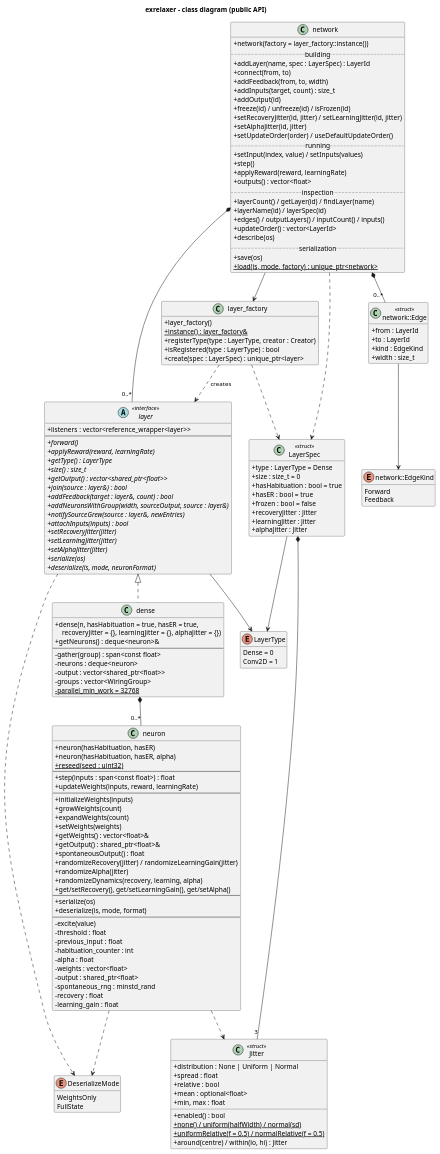
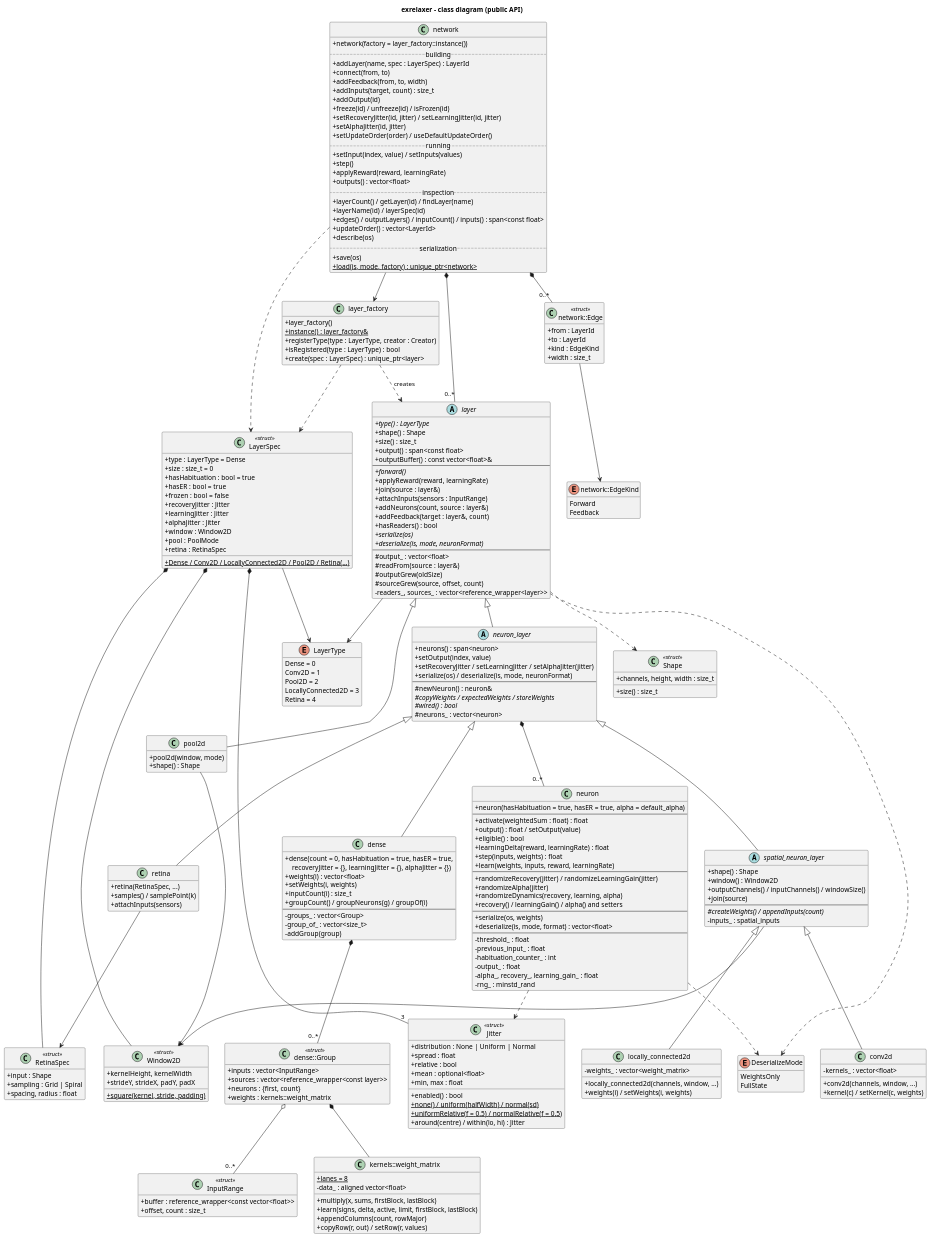
One commit to arielkonopka/exRelaxer changed the diagram in doc/diagrams/classes.puml. Above: the diagram before and after it, drawn with PlantUML. The commit also changed 60 other files, not shown here.

```diff
--- a/doc/diagrams/classes.puml
+++ b/doc/diagrams/classes.puml
@@ -8,6 +8,9 @@
 enum LayerType {
   Dense = 0
   Conv2D = 1
+  Pool2D = 2
+  LocallyConnected2D = 3
+  Retina = 4
 }
 
 enum DeserializeMode {
@@ -24,6 +27,10 @@
   +recoveryJitter : Jitter
   +learningJitter : Jitter
   +alphaJitter : Jitter
+  +window : Window2D
+  +pool : PoolMode
+  +retina : RetinaSpec
+  +{static} Dense / Conv2D / LocallyConnected2D / Pool2D / Retina(...)
 }
 
 class Jitter <<struct>> {
@@ -39,69 +46,148 @@
 }
 
 class neuron {
-  +neuron(hasHabituation, hasER)
-  +neuron(hasHabituation, hasER, alpha)
-  +{static} reseed(seed : uint32)
+  +neuron(hasHabituation = true, hasER = true, alpha = default_alpha)
   --
-  +step(inputs : span<const float>) : float
-  +updateWeights(inputs, reward, learningRate)
+  +activate(weightedSum : float) : float
+  +output() : float / setOutput(value)
+  +eligible() : bool
+  +learningDelta(reward, learningRate) : float
+  +step(inputs, weights) : float
+  +learn(weights, inputs, reward, learningRate)
   --
-  +initializeWeights(inputs)
-  +growWeights(count)
-  +expandWeights(count)
-  +setWeights(weights)
-  +getWeights() : vector<float>&
-  +getOutput() : shared_ptr<float>&
-  +spontaneousOutput() : float
   +randomizeRecovery(jitter) / randomizeLearningGain(jitter)
   +randomizeAlpha(jitter)
   +randomizeDynamics(recovery, learning, alpha)
-  +get/setRecovery(), get/setLearningGain(), get/setAlpha()
+  +recovery() / learningGain() / alpha() and setters
   --
-  +serialize(os)
-  +deserialize(is, mode, format)
+  +serialize(os, weights)
+  +deserialize(is, mode, format) : vector<float>
   --
-  -excite(value)
-  -threshold : float
-  -previous_input : float
-  -habituation_counter : int
-  -alpha : float
-  -weights : vector<float>
-  -output : shared_ptr<float>
-  -spontaneous_rng : minstd_rand
-  -recovery : float
-  -learning_gain : float
+  -threshold_ : float
+  -previous_input_ : float
+  -habituation_counter_ : int
+  -output_ : float
+  -alpha_, recovery_, learning_gain_ : float
+  -rng_ : minstd_rand
 }
 
-abstract class layer <<interface>> {
-  +listeners : vector<reference_wrapper<layer>>
+class Shape <<struct>> {
+  +channels, height, width : size_t
+  +size() : size_t
+}
+
+class InputRange <<struct>> {
+  +buffer : reference_wrapper<const vector<float>>
+  +offset, count : size_t
+}
+
+abstract class layer {
+  +{abstract} type() : LayerType
+  +shape() : Shape
+  +size() : size_t
+  +output() : span<const float>
+  +outputBuffer() : const vector<float>&
   --
   +{abstract} forward()
-  +{abstract} applyReward(reward, learningRate)
-  +{abstract} getType() : LayerType
-  +{abstract} size() : size_t
-  +{abstract} getOutput() : vector<shared_ptr<float>>
-  +{abstract} join(source : layer&) : bool
-  +{abstract} addFeedback(target : layer&, count) : bool
-  +{abstract} addNeuronsWithGroup(width, sourceOutput, source : layer&)
-  +{abstract} notifySourceGrew(source : layer&, newEntries)
-  +{abstract} attachInputs(inputs) : bool
-  +{abstract} setRecoveryJitter(jitter)
-  +{abstract} setLearningJitter(jitter)
-  +{abstract} setAlphaJitter(jitter)
+  +applyReward(reward, learningRate)
+  +join(source : layer&)
+  +attachInputs(sensors : InputRange)
+  +addNeurons(count, source : layer&)
+  +addFeedback(target : layer&, count)
+  +hasReaders() : bool
   +{abstract} serialize(os)
   +{abstract} deserialize(is, mode, neuronFormat)
+  --
+  #output_ : vector<float>
+  #readFrom(source : layer&)
+  #outputGrew(oldSize)
+  #sourceGrew(source, offset, count)
+  -readers_, sources_ : vector<reference_wrapper<layer>>
+}
+
+abstract class neuron_layer {
+  +neurons() : span<neuron>
+  +setOutput(index, value)
+  +setRecoveryJitter / setLearningJitter / setAlphaJitter(jitter)
+  +serialize(os) / deserialize(is, mode, neuronFormat)
+  --
+  #newNeuron() : neuron&
+  #{abstract} copyWeights / expectedWeights / storeWeights
+  #{abstract} wired() : bool
+  #neurons_ : vector<neuron>
 }
 
 class dense {
-  +dense(n, hasHabituation = true, hasER = true,\n    recoveryJitter = {}, learningJitter = {}, alphaJitter = {})
-  +getNeurons() : deque<neuron>&
+  +dense(count = 0, hasHabituation = true, hasER = true,\n    recoveryJitter = {}, learningJitter = {}, alphaJitter = {})
+  +weights(i) : vector<float>
+  +setWeights(i, weights)
+  +inputCount(i) : size_t
+  +groupCount() / groupNeurons(g) / groupOf(i)
   --
-  -gather(group) : span<const float>
-  -neurons : deque<neuron>
-  -output : vector<shared_ptr<float>>
-  -groups : vector<WiringGroup>
-  -{static} parallel_min_work = 32768
+  -groups_ : vector<Group>
+  -group_of_ : vector<size_t>
+  -addGroup(group)
+}
+
+abstract class spatial_neuron_layer {
+  +shape() : Shape
+  +window() : Window2D
+  +outputChannels() / inputChannels() / windowSize()
+  +join(source)
+  --
+  #{abstract} createWeights() / appendInputs(count)
+  -inputs_ : spatial_inputs
+}
+
+class conv2d {
+  +conv2d(channels, window, ...)
+  +kernel(c) / setKernel(c, weights)
+  -kernels_ : vector<float>
+}
+
+class locally_connected2d {
+  +locally_connected2d(channels, window, ...)
+  +weights(i) / setWeights(i, weights)
+  -weights_ : vector<weight_matrix>
+}
+
+class retina {
+  +retina(RetinaSpec, ...)
+  +samples() / samplePoint(k)
+  +attachInputs(sensors)
+}
+
+class pool2d {
+  +pool2d(window, mode)
+  +shape() : Shape
+}
+
+class Window2D <<struct>> {
+  +kernelHeight, kernelWidth
+  +strideY, strideX, padY, padX
+  +{static} square(kernel, stride, padding)
+}
+
+class RetinaSpec <<struct>> {
+  +input : Shape
+  +sampling : Grid | Spiral
+  +spacing, radius : float
+}
+
+class "dense::Group" as Group <<struct>> {
+  +inputs : vector<InputRange>
+  +sources : vector<reference_wrapper<const layer>>
+  +neurons : {first, count}
+  +weights : kernels::weight_matrix
+}
+
+class "kernels::weight_matrix" as weight_matrix {
+  +{static} lanes = 8
+  +multiply(x, sums, firstBlock, lastBlock)
+  +learn(signs, delta, active, limit, firstBlock, lastBlock)
+  +appendColumns(count, rowMajor)
+  +copyRow(r, out) / setRow(r, values)
+  -data_ : aligned vector<float>
 }
 
 class layer_factory {
@@ -132,7 +218,7 @@
   .. inspection ..
   +layerCount() / getLayer(id) / findLayer(name)
   +layerName(id) / layerSpec(id)
-  +edges() / outputLayers() / inputCount() / inputs()
+  +edges() / outputLayers() / inputCount() / inputs() : span<const float>
   +updateOrder() : vector<LayerId>
   +describe(os)
   .. serialization ..
@@ -152,9 +238,24 @@
   +width : size_t
 }
 
-layer <|.. dense
-dense *-- "0..*" neuron
+layer <|-- neuron_layer
+neuron_layer <|-- dense
+neuron_layer <|-- spatial_neuron_layer
+spatial_neuron_layer <|-- conv2d
+spatial_neuron_layer <|-- locally_connected2d
+neuron_layer <|-- retina
+layer <|-- pool2d
+spatial_neuron_layer --> Window2D
+pool2d --> Window2D
+retina --> RetinaSpec
+LayerSpec *-- Window2D
+LayerSpec *-- RetinaSpec
+neuron_layer *-- "0..*" neuron
+dense *-- "0..*" Group
+Group *-- weight_matrix
+Group o-- "0..*" InputRange
 layer --> LayerType
+layer ..> Shape
 layer ..> DeserializeMode
 neuron ..> DeserializeMode
 layer_factory ..> LayerSpec
```
